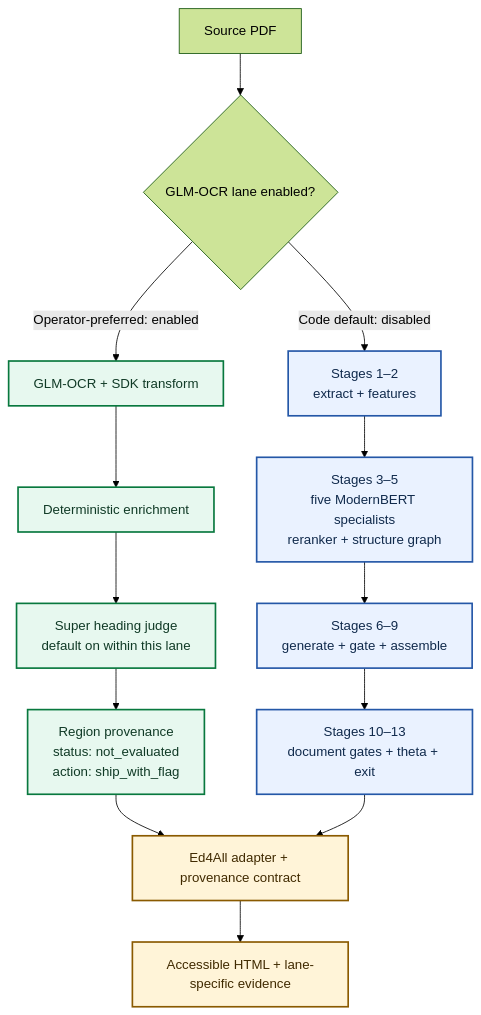
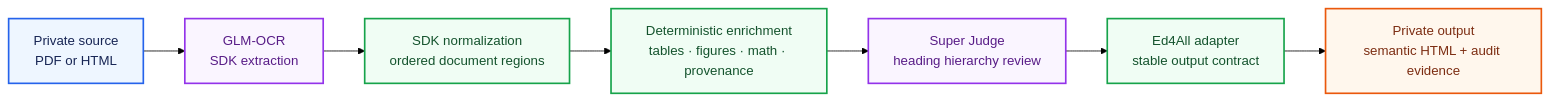
The diagram in SemantiK/README.md (mdmurphy822/Ed4All), drawn with Mermaid (forest theme) before and after one commit. The commit also changed other lines of this file and 1 other file, not shown here.

Commit message:
docs(semantik): rebuild public product architecture

````diff
--- a/SemantiK/README.md
+++ b/SemantiK/README.md
@@ -47,25 +54,22 @@
 ```mermaid
-flowchart TB
-    source["Source PDF"] --> route{"GLM-OCR lane enabled?"}
+flowchart LR
+    source["Private source<br/>PDF or HTML"]
+    extract["GLM-OCR<br/>SDK extraction"]
+    normalize["SDK normalization<br/>ordered document regions"]
+    enrich["Deterministic enrichment<br/>tables · figures · math · provenance"]
+    judge["Super Judge<br/>heading hierarchy review"]
+    adapt["Ed4All adapter<br/>stable output contract"]
+    output["Private output<br/>semantic HTML + audit evidence"]
 
-    route -->|Operator-preferred: enabled| glm["GLM-OCR + SDK transform"]
-    glm --> enrich["Deterministic enrichment"]
-    enrich --> judge["Super heading judge<br/>default on within this lane"]
-    judge --> glmout["Region provenance<br/>status: not_evaluated<br/>action: ship_with_flag"]
+    source --> extract --> normalize --> enrich --> judge --> adapt --> output
 
-    route -->|Code default: disabled| extract["Stages 1–2<br/>extract + features"]
-    extract --> council["Stages 3–5<br/>five ModernBERT specialists<br/>reranker + structure graph"]
-    council --> generate["Stages 6–9<br/>generate + gate + assemble"]
-    generate --> validate["Stages 10–13<br/>document gates + theta + exit"]
+    classDef sourceNode fill:#EEF6FF,stroke:#2563EB,color:#172554,stroke-width:2px;
+    classDef modelNode fill:#FAF5FF,stroke:#9333EA,color:#581C87,stroke-width:2px;
+    classDef deterministicNode fill:#F0FDF4,stroke:#16A34A,color:#14532D,stroke-width:2px;
+    classDef outputNode fill:#FFF7ED,stroke:#EA580C,color:#7C2D12,stroke-width:2px;
 
-    glmout --> adapter["Ed4All adapter + provenance contract"]
-    validate --> adapter
-    adapter --> output["Accessible HTML + lane-specific evidence"]
-
-    classDef preferred fill:#E7F8EF,stroke:#08783E,color:#103A26,stroke-width:2px;
-    classDef compat fill:#EAF2FF,stroke:#2457A7,color:#102A4C,stroke-width:2px;
-    classDef contract fill:#FFF4D8,stroke:#8A5A00,color:#402A00,stroke-width:2px;
-    class glm,enrich,judge,glmout preferred;
-    class extract,council,generate,validate compat;
-    class adapter,output contract;
+    class source sourceNode;
+    class extract,judge modelNode;
+    class normalize,enrich,adapt deterministicNode;
+    class output outputNode;
 ```
````
